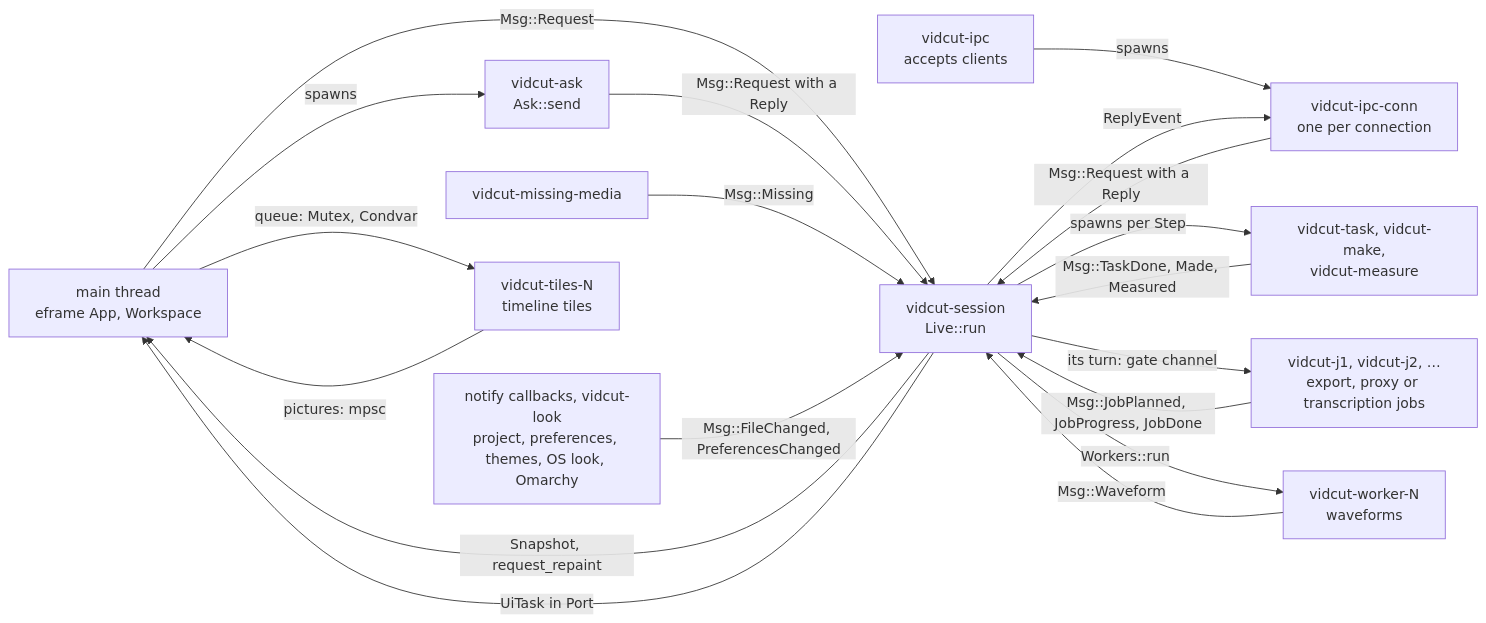
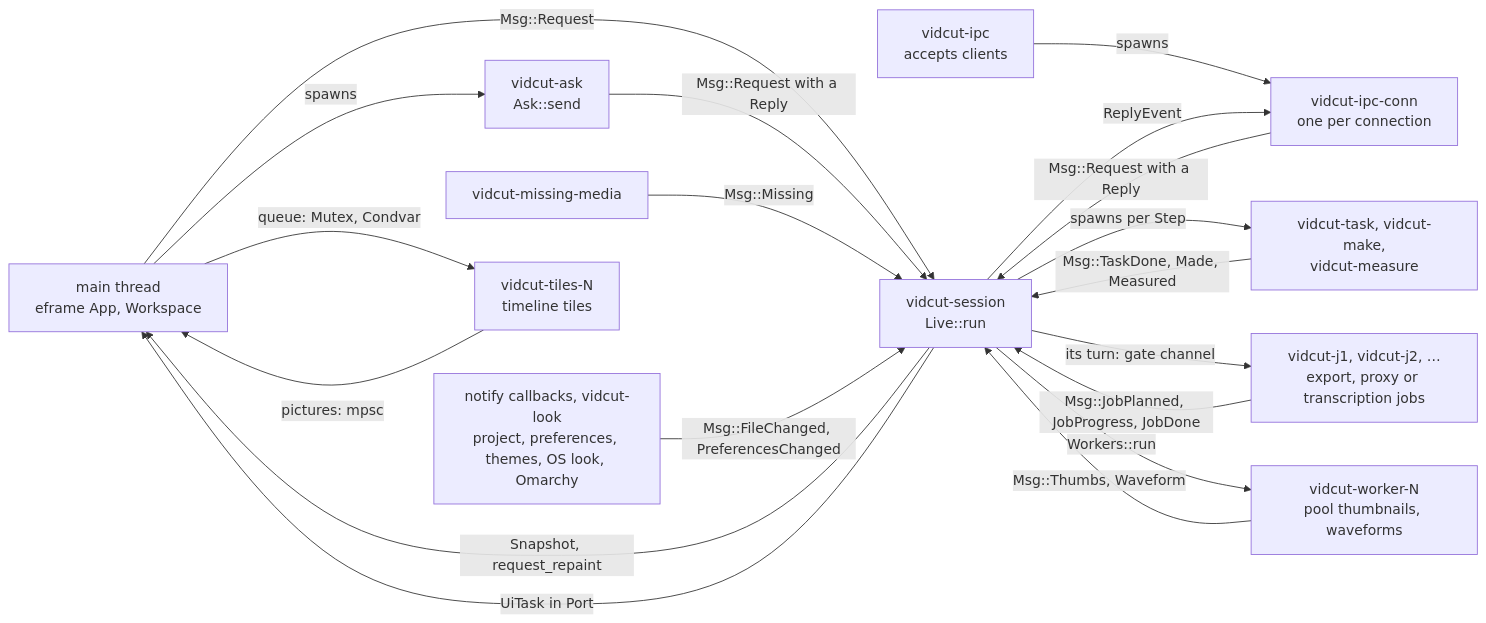
Before and after one commit to oittaa/vidcut: the first of 3 diagrams in docs/design/live.md, drawn with Mermaid. The commit also changed other lines of this file and 9 other files, not shown here.

````diff
--- a/docs/design/live.md
+++ b/docs/design/live.md
@@ -10,33 +10,33 @@
 ```mermaid
 flowchart LR
   UI["main thread<br>eframe App, Workspace"]
   S["vidcut-session<br>Live::run"]
   ASK["vidcut-ask<br>Ask::send"]
   IPC["vidcut-ipc<br>accepts clients"]
   CONN["vidcut-ipc-conn<br>one per connection"]
   STEP["vidcut-task, vidcut-make,<br>vidcut-measure"]
   JOB["vidcut-j1, vidcut-j2, …<br>export, proxy or transcription jobs"]
-  WORK["vidcut-worker-N<br>waveforms"]
+  WORK["vidcut-worker-N<br>pool thumbnails, waveforms"]
   MISS["vidcut-missing-media"]
   WATCH["notify callbacks, vidcut-look<br>project, preferences, themes, OS look, Omarchy"]
   TILES["vidcut-tiles-N<br>timeline tiles"]
 
   UI -->|"Msg::Request"| S
   S -->|"Snapshot, request_repaint"| UI
   S -->|"UiTask in Port"| UI
   UI -->|"spawns"| ASK
   ASK -->|"Msg::Request with a Reply"| S
   IPC -->|"spawns"| CONN
   CONN -->|"Msg::Request with a Reply"| S
   S -->|"ReplyEvent"| CONN
   S -->|"spawns per Step"| STEP
   STEP -->|"Msg::TaskDone, Made, Measured"| S
   S -->|"its turn: gate channel"| JOB
   JOB -->|"Msg::JobPlanned, JobProgress, JobDone"| S
   S -->|"Workers::run"| WORK
-  WORK -->|"Msg::Waveform"| S
+  WORK -->|"Msg::Thumbs, Waveform"| S
   MISS -->|"Msg::Missing"| S
   WATCH -->|"Msg::FileChanged, PreferencesChanged"| S
   UI -->|"queue: Mutex, Condvar"| TILES
   TILES -->|"pictures: mpsc"| UI
 ```
````
